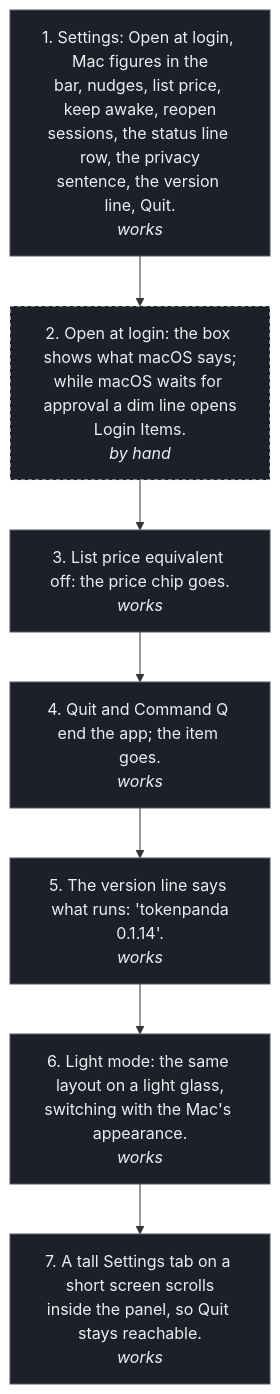
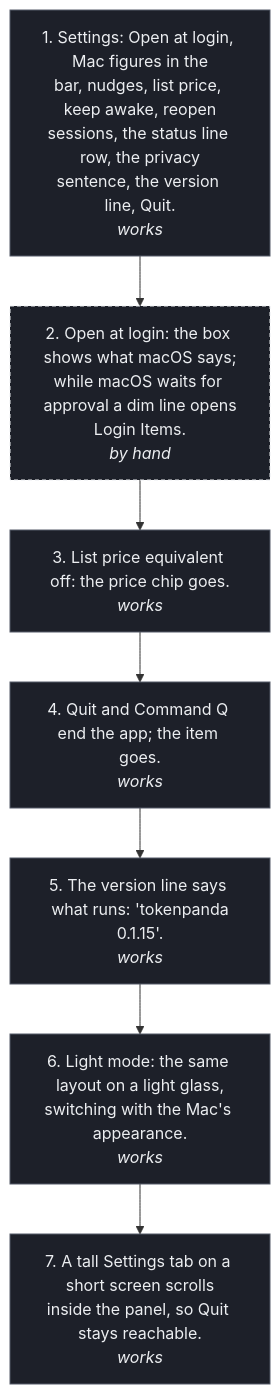
Before and after one commit to tokenpandadev/tokenpanda-app: the diagram in design/wireframes/flows/09-settings.mmd, drawn with Mermaid. The commit also changed 45 other files, not shown here.

```diff
--- a/design/wireframes/flows/09-settings.mmd
+++ b/design/wireframes/flows/09-settings.mmd
@@ -1,18 +1,18 @@
 flowchart TD
   classDef works fill:#1d2029,stroke:#555b68,color:#eceef1;
   classDef friction fill:#262a34,stroke:#eceef1,stroke-width:2px,color:#eceef1;
   classDef broken fill:#1d2029,stroke:#d77757,stroke-width:2px,color:#d77757;
   classDef byhand fill:#1d2029,stroke:#eceef1,stroke-width:1px,stroke-dasharray:4 3,color:#eceef1;
   S1["1. Settings: Open at login, Mac figures in the<br/>bar, nudges, list price, keep awake, reopen<br/>sessions, the status line row, the privacy<br/>sentence, the version line, Quit.<br/><i>works</i>"]:::works
   S2["2. Open at login: the box shows what macOS says;<br/>while macOS waits for approval a dim line opens<br/>Login Items.<br/><i>by hand</i>"]:::byhand
   S3["3. List price equivalent off: the price chip goes.<br/><i>works</i>"]:::works
   S4["4. Quit and Command Q end the app; the item goes.<br/><i>works</i>"]:::works
-  S5["5. The version line says what runs: 'tokenpanda<br/>0.1.14'.<br/><i>works</i>"]:::works
+  S5["5. The version line says what runs: 'tokenpanda<br/>0.1.15'.<br/><i>works</i>"]:::works
   S6["6. Light mode: the same layout on a light glass,<br/>switching with the Mac's appearance.<br/><i>works</i>"]:::works
   S7["7. A tall Settings tab on a short screen scrolls<br/>inside the panel, so Quit stays reachable.<br/><i>works</i>"]:::works
   S1 --> S2
   S2 --> S3
   S3 --> S4
   S4 --> S5
   S5 --> S6
   S6 --> S7
```
